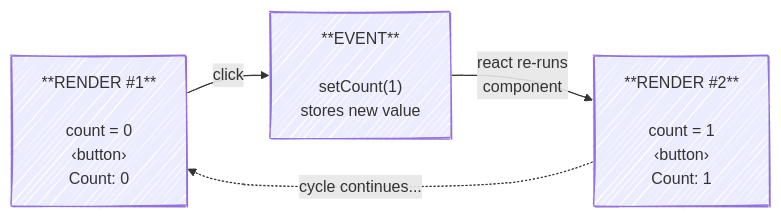
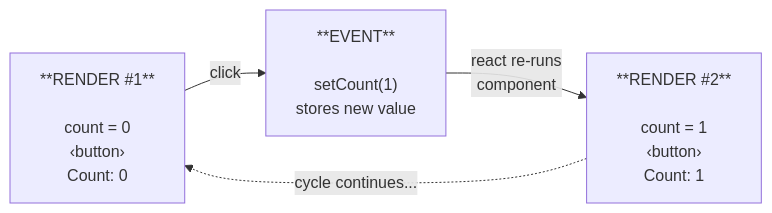
Before and after one commit to bobby-openclaw/react-learning: the diagram in chapters/02-state-and-events/CHAPTER.md, drawn with Mermaid. The commit also changed 25 other files, not shown here.

First line of the commit message:
docs: replace all ASCII diagrams with Mermaid, remove sketch style

````diff
--- a/chapters/02-state-and-events/CHAPTER.md
+++ b/chapters/02-state-and-events/CHAPTER.md
@@ -29,9 +29,9 @@
 ```mermaid
-%%{init: {'theme': 'default', 'look': 'handDrawn'}}%%
+%%{init: {'theme':'default'}}%%
 flowchart LR
-    R1["**RENDER #1**\n\ncount = 0\n‹button›\nCount: 0"]
-    E["**EVENT**\n\nsetCount(1)\nstores new value"]
-    R2["**RENDER #2**\n\ncount = 1\n‹button›\nCount: 1"]
-    R1 -- "click" --> E -- "react re-runs\ncomponent" --> R2
+    R1["**RENDER #1**<br/><br/>count = 0<br/>‹button›<br/>Count: 0"]
+    E["**EVENT**<br/><br/>setCount(1)<br/>stores new value"]
+    R2["**RENDER #2**<br/><br/>count = 1<br/>‹button›<br/>Count: 1"]
+    R1 -- "click" --> E -- "react re-runs<br/>component" --> R2
     R2 -. "cycle continues..." .-> R1
 ```
````
